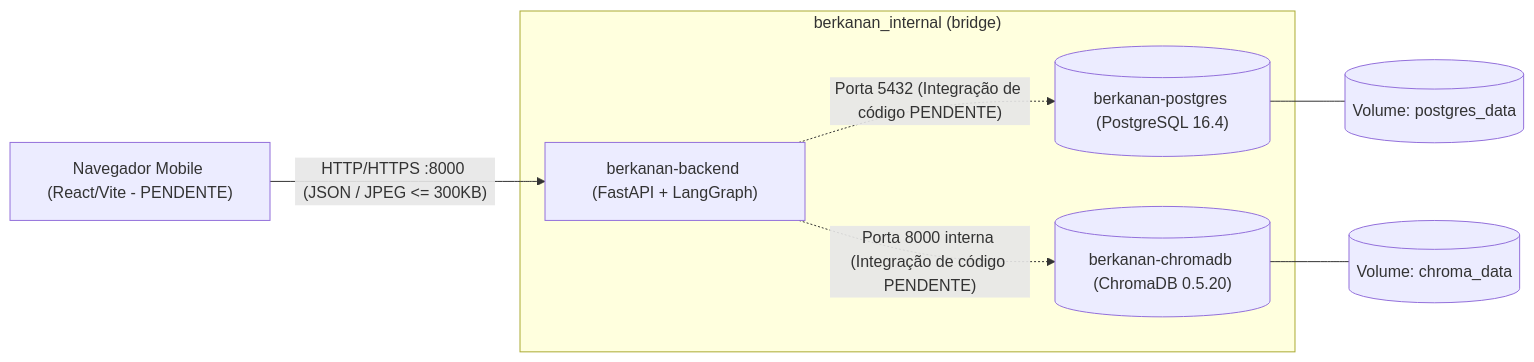
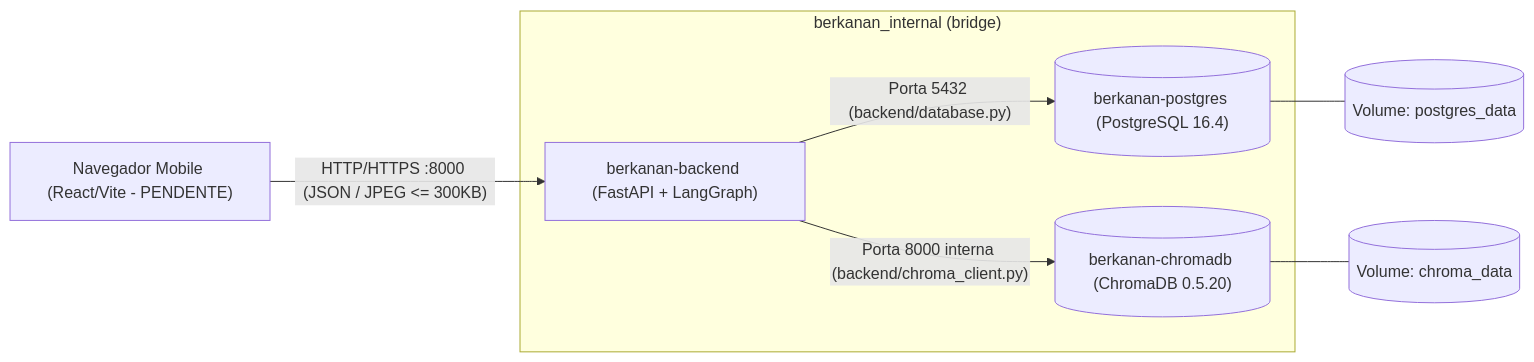
Before and after one commit to unb-Sistemas-de-Machine-learning/Challenge2_berkanan: the diagram in docs/architecture/DEPLOYMENT.md, drawn with Mermaid. The commit also changed other lines of this file and 2 other files, not shown here.

Commit message:
docs(mlops): update architecture deployment and runtime manifest with database integration

````diff
--- a/docs/architecture/DEPLOYMENT.md
+++ b/docs/architecture/DEPLOYMENT.md
@@ -12,10 +12,10 @@
 ```mermaid
 flowchart LR
     Mobile["Navegador Mobile (React/Vite - PENDENTE)"] -->|"HTTP/HTTPS :8000 (JSON / JPEG <= 300KB)"| Backend["berkanan-backend (FastAPI + LangGraph)"]
     subgraph Rede Interna Docker ["berkanan_internal (bridge)"]
-        Backend -.->|"Porta 5432 (Integração de código PENDENTE)"| Postgres[("berkanan-postgres (PostgreSQL 16.4)")]
-        Backend -.->|"Porta 8000 interna (Integração de código PENDENTE)"| Chroma[("berkanan-chromadb (ChromaDB 0.5.20)")]
+        Backend -->|"Porta 5432 (backend/database.py)"| Postgres[("berkanan-postgres (PostgreSQL 16.4)")]
+        Backend -->|"Porta 8000 interna (backend/chroma_client.py)"| Chroma[("berkanan-chromadb (ChromaDB 0.5.20)")]
     end
     Postgres --- VolPG[("Volume: postgres_data")]
     Chroma --- VolChroma[("Volume: chroma_data")]
 ```
````
